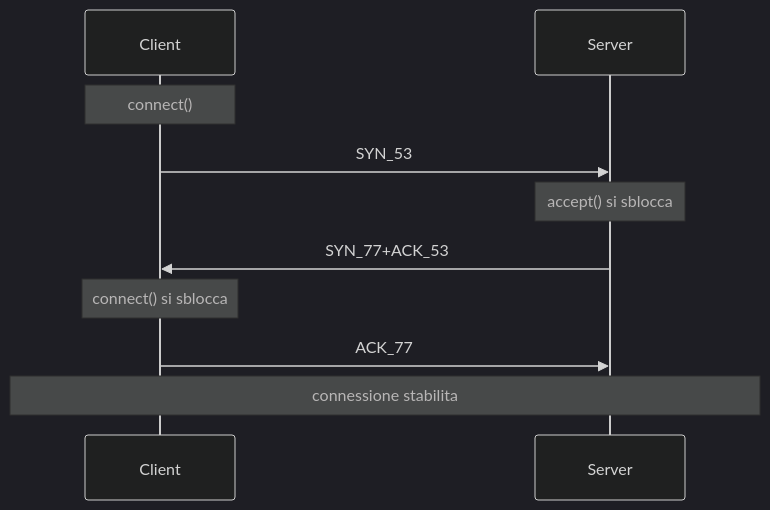
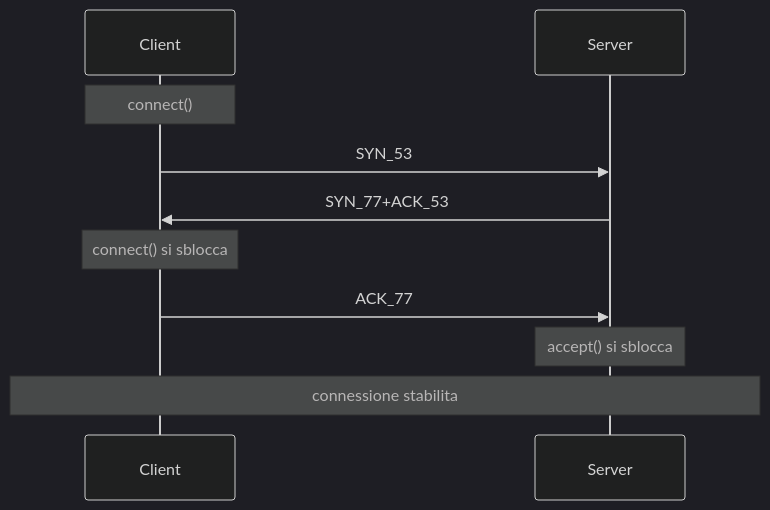
The diagram in docs/big-picture/io/1.connect e accept.md (tpsit-an/tpsit-quinta), drawn with Mermaid before and after one commit. The commit also changed other lines of this file and 15 other files, not shown here.

````diff
--- a/docs/big-picture/io/1.connect e accept.md
+++ b/docs/big-picture/io/1.connect e accept.md
@@ -22,13 +22,13 @@
 ``` mermaid
 %%{init: {'sequence': {'actorMargin': 300}, 'theme': 'dark', 'gantt': {'displayMode': 'compact'}} }%%
 sequenceDiagram
     participant C as Client
     participant S as Server
     Note over C: connect()
     C->>S: SYN_53
-    Note over S: accept() si sblocca
     S->>C: SYN_77+ACK_53
     Note over C: connect() si sblocca
     C->>S: ACK_77
+    Note over S: accept() si sblocca
     Note over C,S: connessione stabilita
 ```
````
